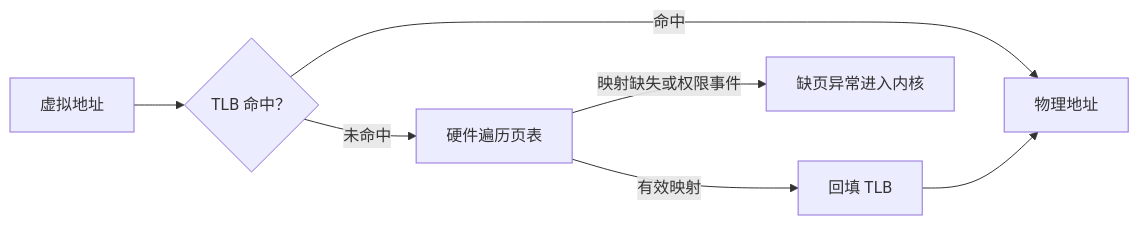
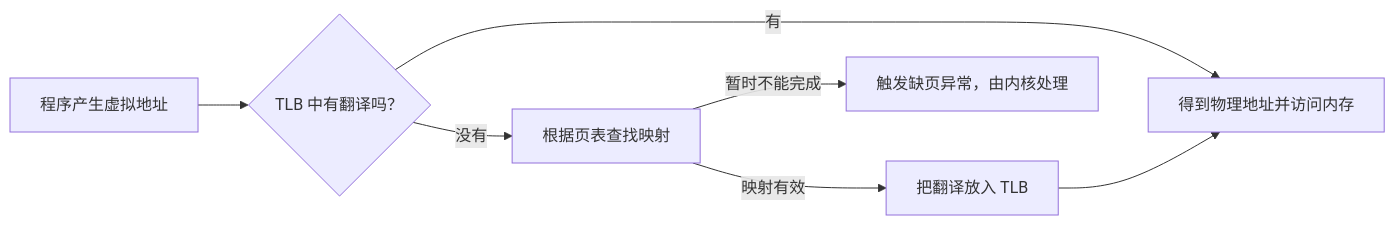
Before and after one commit to xizheyin/hft-book-rs: the first of 2 diagrams in books/rust-hft/src/foundations/virtual_memory.md, drawn with Mermaid. The commit also changed other lines of this file and 207 other files, not shown here.

````diff
--- a/books/rust-hft/src/foundations/virtual_memory.md
+++ b/books/rust-hft/src/foundations/virtual_memory.md
@@ -43,9 +62,9 @@
 ```mermaid
 flowchart LR
-    V["虚拟地址"] --> T{"TLB 命中？"}
-    T -->|"命中"| P["物理地址"]
-    T -->|"未命中"| W["硬件遍历页表"]
-    W -->|"有效映射"| R["回填 TLB"]
+    V["程序产生虚拟地址"] --> T{"TLB 中有翻译吗？"}
+    T -->|"有"| P["得到物理地址并访问内存"]
+    T -->|"没有"| W["根据页表查找映射"]
+    W -->|"映射有效"| R["把翻译放入 TLB"]
     R --> P
-    W -->|"映射缺失或权限事件"| F["缺页异常进入内核"]
+    W -->|"暂时不能完成"| F["触发缺页异常，由内核处理"]
 ```
````
